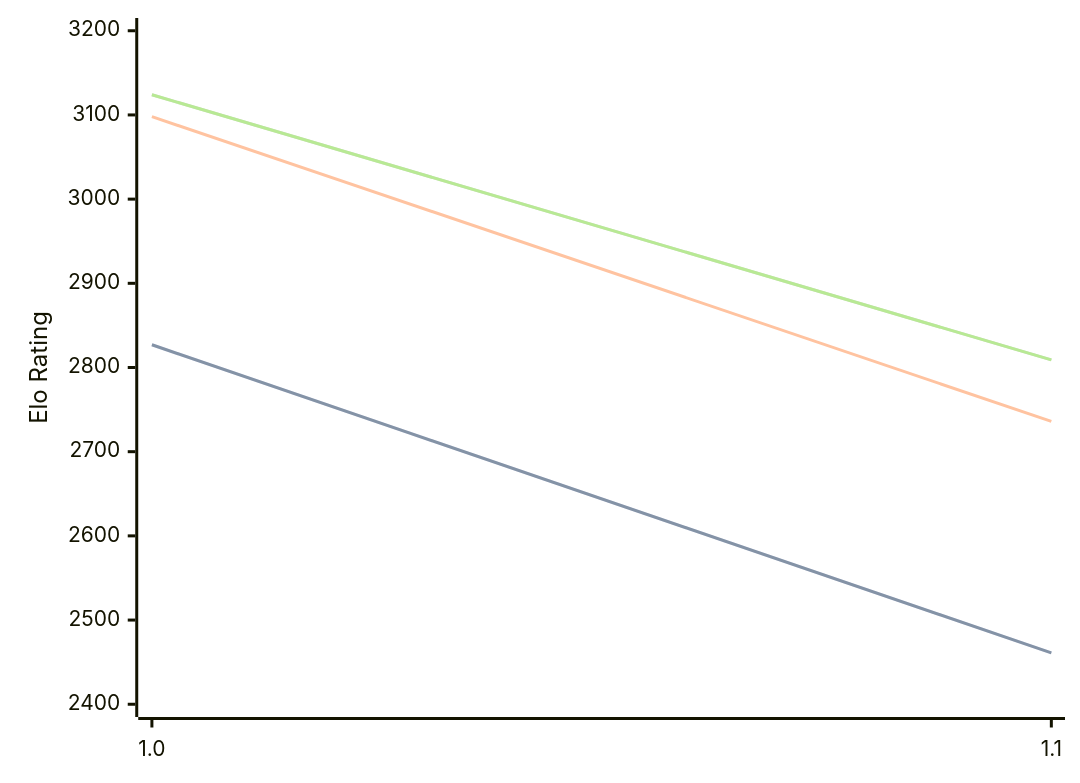
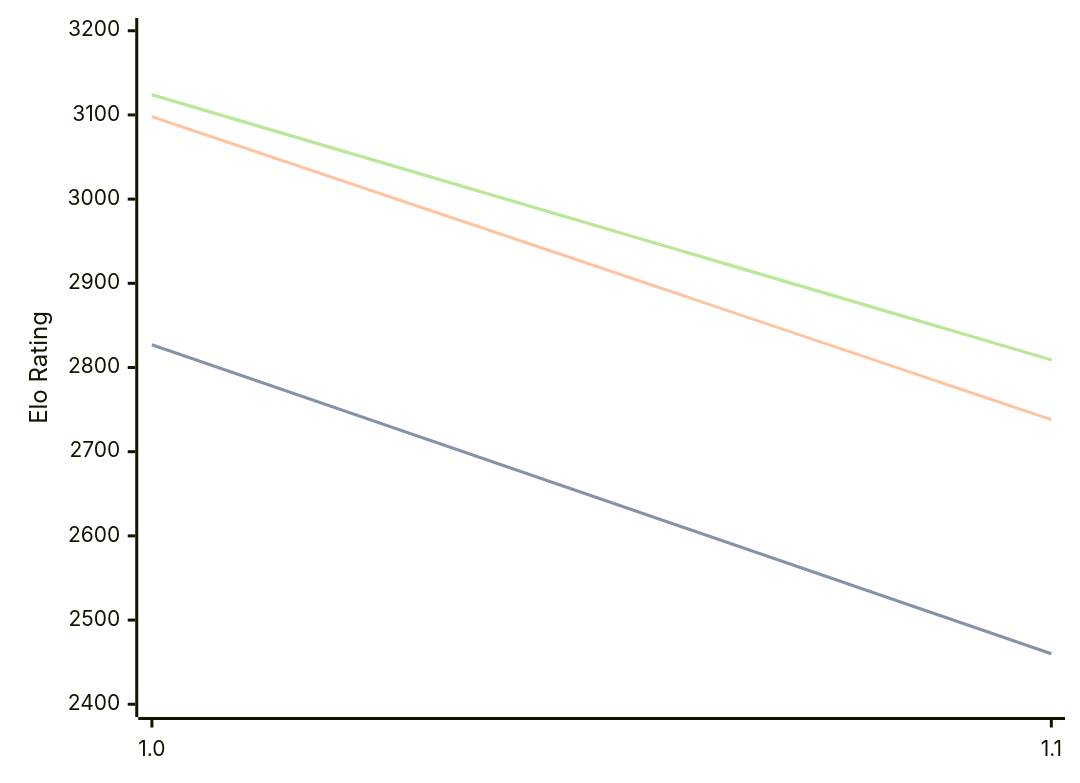
One commit to computer-chess-index/cci changed the diagram in engines/Publius.md. Above: the diagram before and after it, drawn with Mermaid. The commit also changed other lines of this file, not shown here.

````diff
--- a/engines/Publius.md
+++ b/engines/Publius.md
@@ -32,11 +32,11 @@
 ```mermaid
 %%{init: {"theme":"base","themeVariables":{"seriesColors:['#a3a3a3','#222221','#faa371']}}}%%
 xychart-beta
   x-axis ["1.0", "1.1"]
   y-axis "Elo Rating" 2400 --> 3200
-  line "STC (8.0+0.08s)" [2827, 2461]
-  line "STC (8.0+0.08s)" [2827, 2461]
-  line "LTC (60.0+0.60s)" [3098, 2736]
+  line "STC (8.0+0.08s)" [2827, 2460]
+  line "STC (8.0+0.08s)" [2827, 2460]
+  line "LTC (60.0+0.60s)" [3098, 2738]
   line "VLTC (2m24s+1.12s)" [3124, 2809]
   line "VLTC (2m24s+1.12s)" [3124, 2809]
 ```
````
